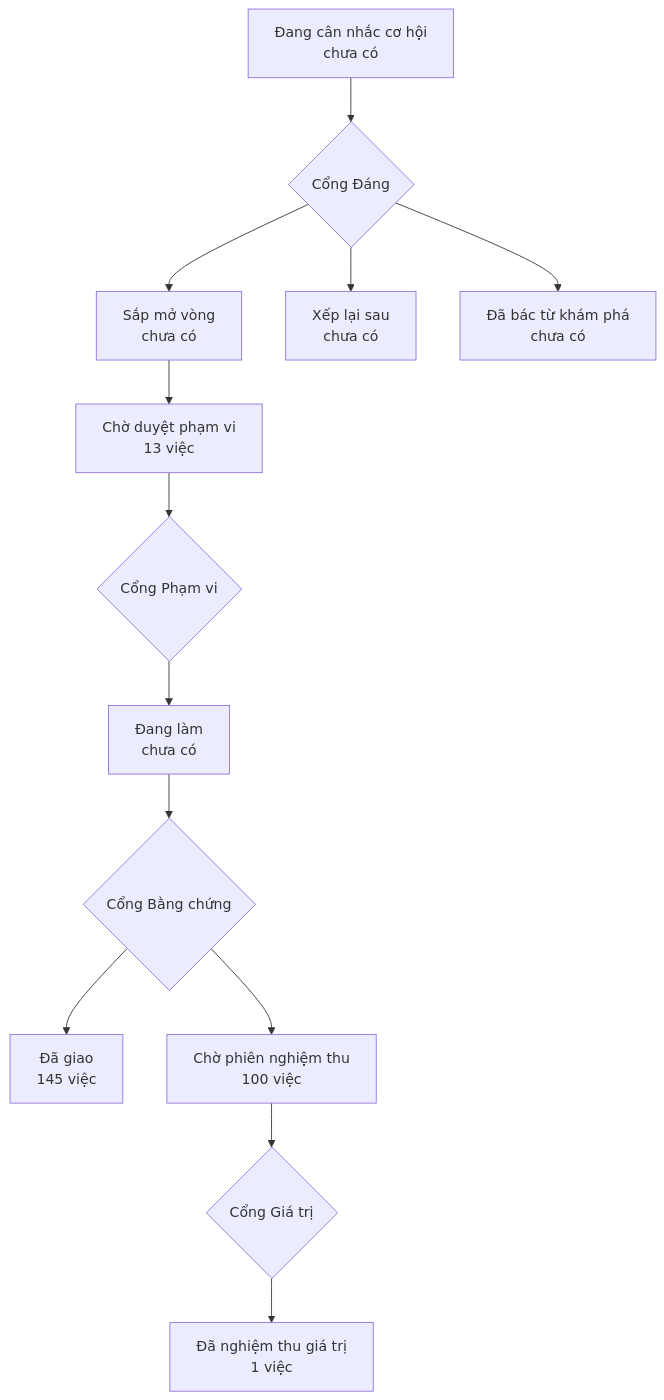
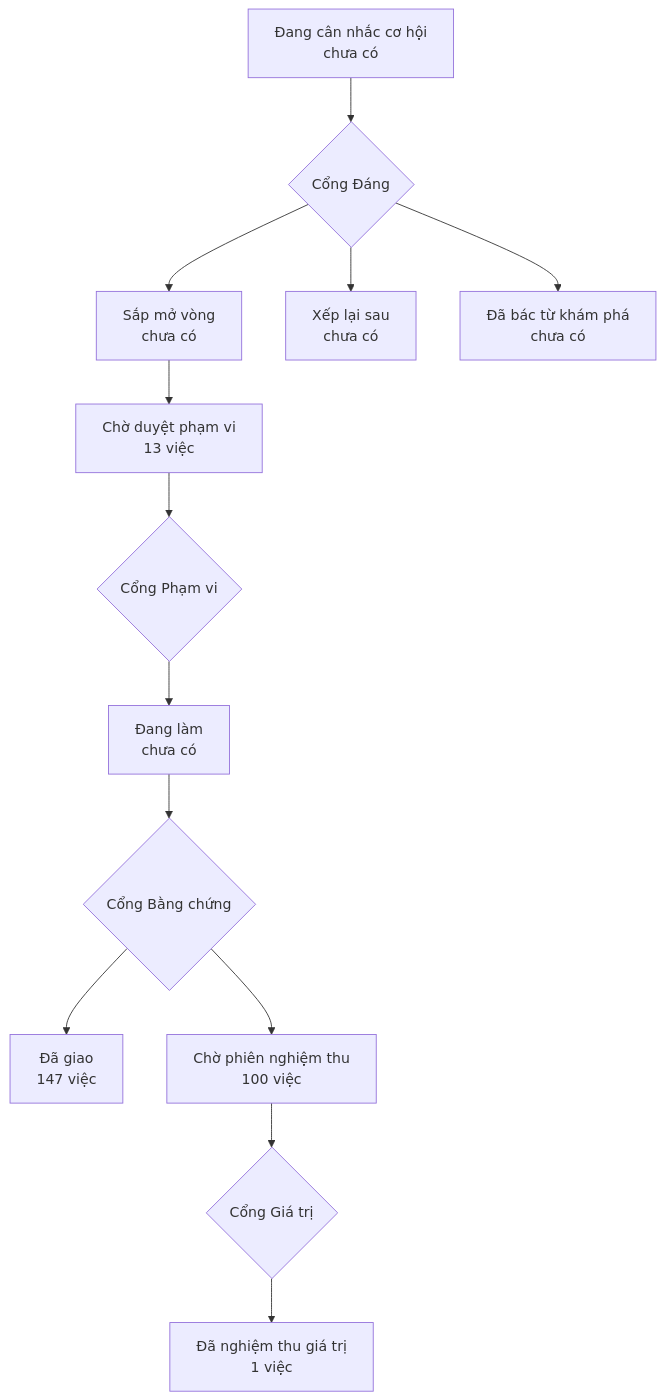
One commit to phanlemanh/onehub-invest changed the diagram in PRODUCT-MAP.md. Above: the diagram before and after it, drawn with Mermaid. The commit also changed other lines of this file and 1 other file, not shown here.

Commit message:
docs(acceptance): vẽ lại bản đồ sản phẩm sau khi gộp main

````diff
--- a/PRODUCT-MAP.md
+++ b/PRODUCT-MAP.md
@@ -7,12 +7,12 @@
 ```mermaid
 flowchart TD
   A["Đang cân nhắc cơ hội<br/>chưa có"] --> GD{"Cổng Đáng"}
   GD --> B["Sắp mở vòng<br/>chưa có"]
   GD --> XL["Xếp lại sau<br/>chưa có"]
   GD --> DB["Đã bác từ khám phá<br/>chưa có"]
   B --> CD["Chờ duyệt phạm vi<br/>13 việc"] --> GP{"Cổng Phạm vi"}
   GP --> DL["Đang làm<br/>chưa có"] --> GB{"Cổng Bằng chứng"}
-  GB --> DG["Đã giao<br/>145 việc"]
+  GB --> DG["Đã giao<br/>147 việc"]
   GB --> CN["Chờ phiên nghiệm thu<br/>100 việc"] --> GG{"Cổng Giá trị"}
   GG --> NT["Đã nghiệm thu giá trị<br/>1 việc"]
 ```
````
